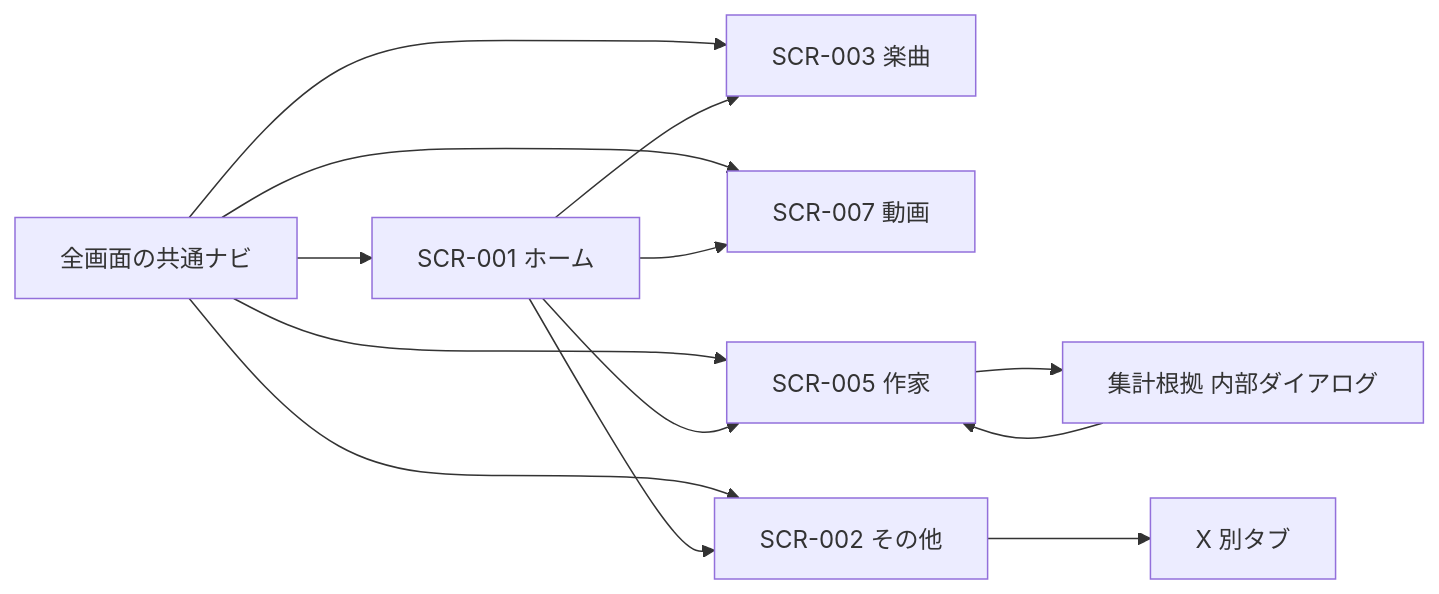
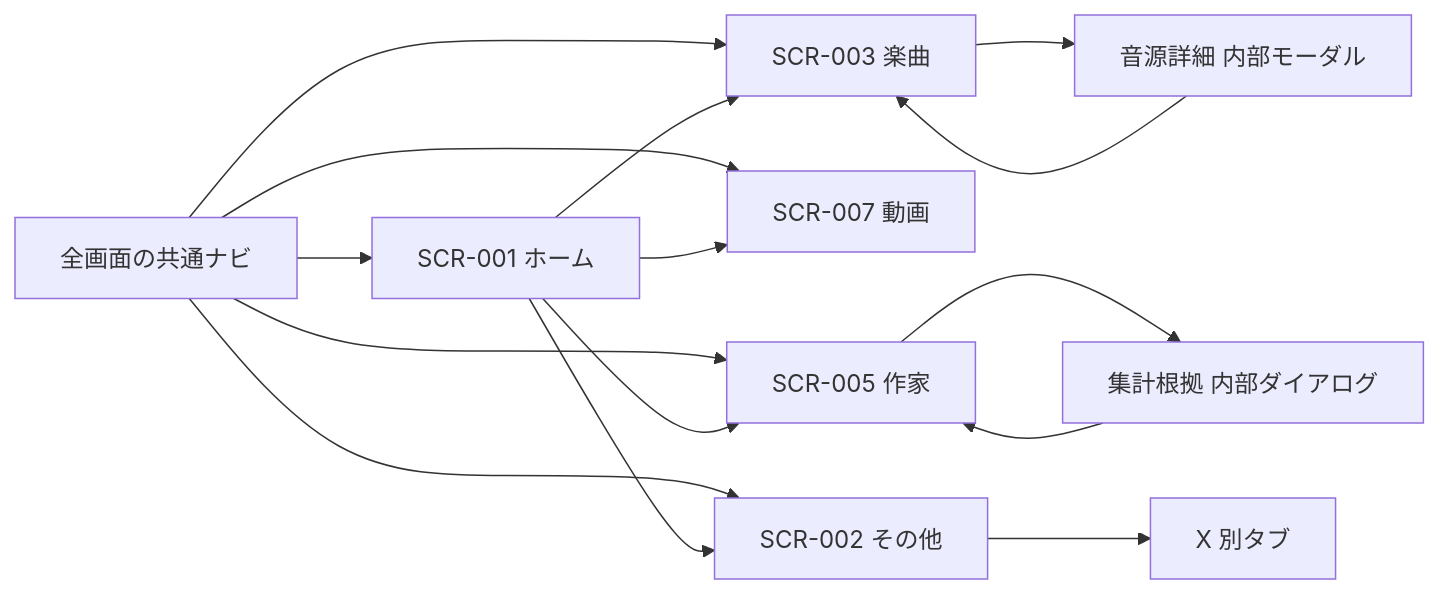
One commit to YutoSuga/helloproject-song-data changed the diagram in docs/design/screens/画面一覧.md. Above: the diagram before and after it, drawn with Mermaid. The commit also changed other lines of this file and 15 other files, not shown here.

````diff
--- a/docs/design/screens/画面一覧.md
+++ b/docs/design/screens/画面一覧.md
@@ -18,15 +18,17 @@
 ```mermaid
 flowchart LR
  N[全画面の共通ナビ] --> H[SCR-001 ホーム]
  N --> S[SCR-003 楽曲]
  N --> V[SCR-007 動画]
  N --> C[SCR-005 作家]
  N --> M[SCR-002 その他]
  H --> S
  H --> C
  H --> V
  H --> M
  M --> X[X 別タブ]
+ S --> SD[音源詳細 内部モーダル]
+ SD --> S
  C --> D[集計根拠 内部ダイアログ]
  D --> C
 ```
````
